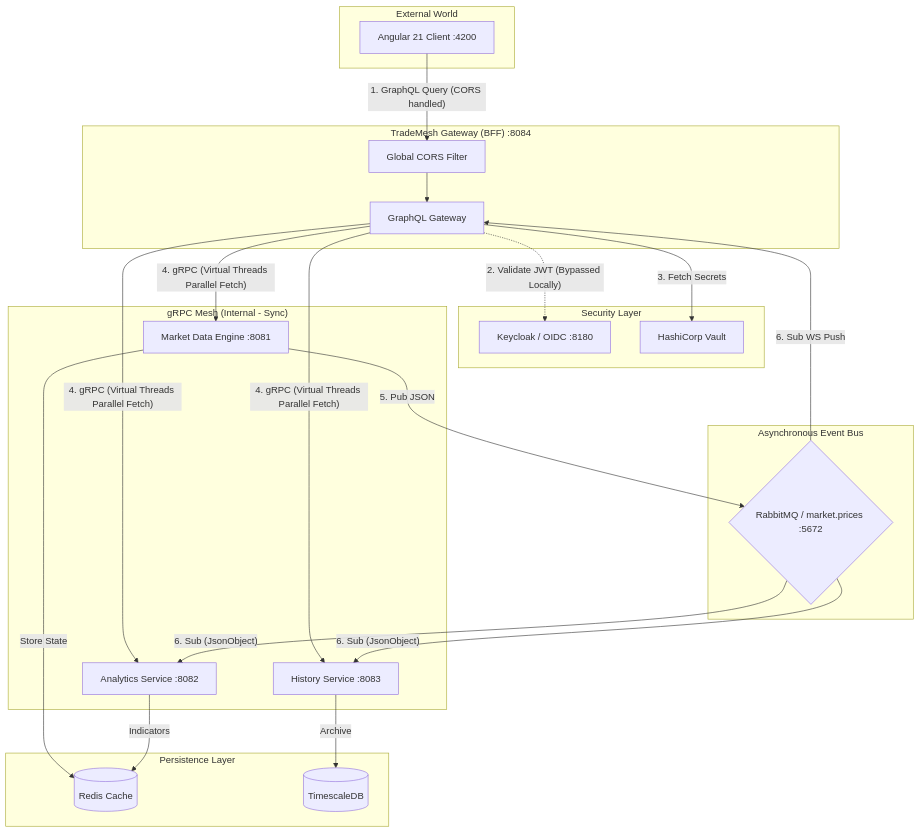
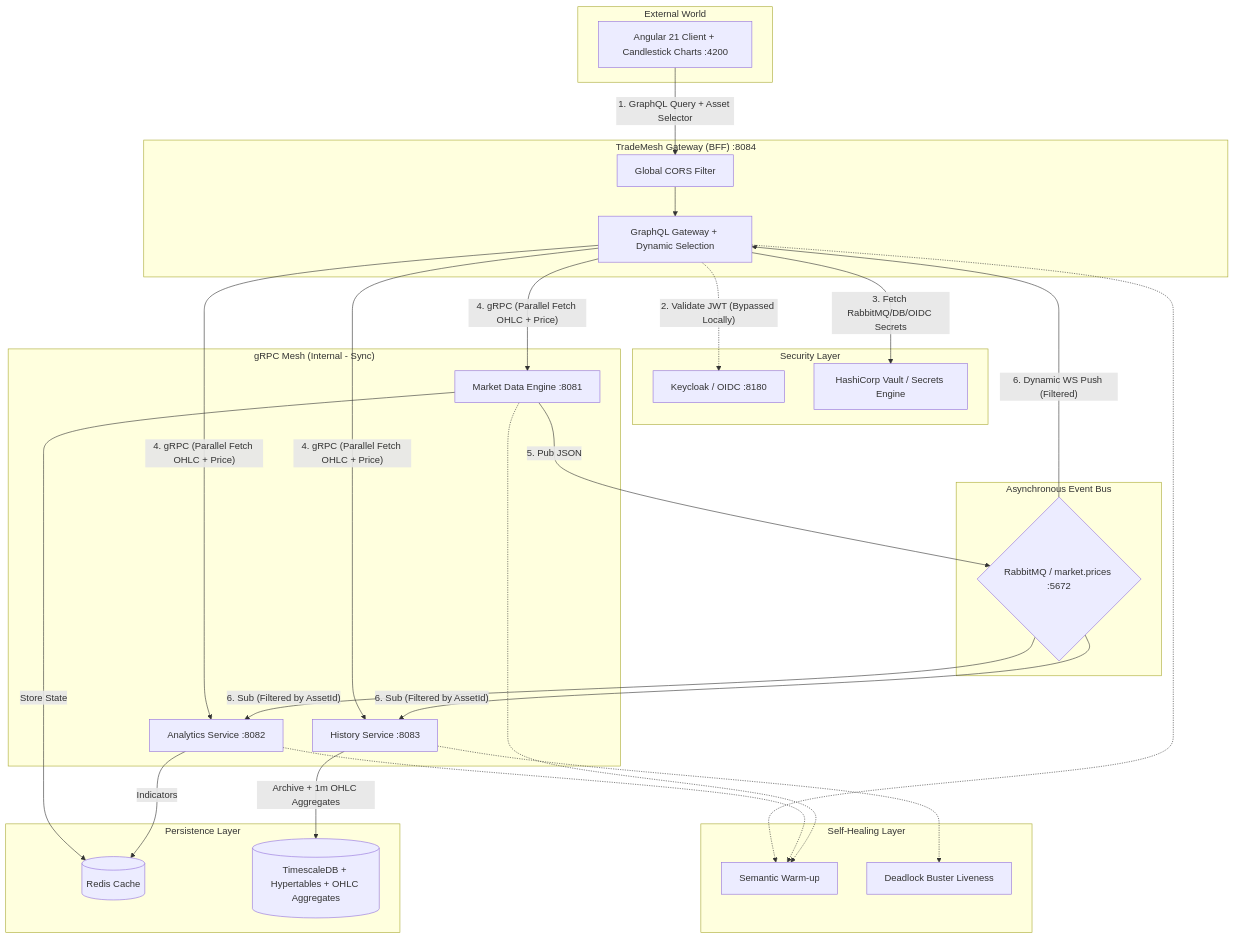
The diagram in README.md (dawidbera/trade-mesh), drawn with Mermaid before and after one commit. The commit also changed other lines of this file and 4 other files, not shown here.

Commit message:
docs: synchronize all README files and architecture diagrams with the final Enterprise state

````diff
--- a/README.md
+++ b/README.md
@@ -17,53 +18,64 @@
 ```mermaid
 graph TD
     subgraph "External World"
-        Client[Angular 21 Client :4200]
+        Client[Angular 21 Client + Candlestick Charts :4200]
     end
 
     subgraph "Security Layer"
         Auth[Keycloak / OIDC :8180]
-        Vault[HashiCorp Vault]
+        Vault[HashiCorp Vault / Secrets Engine]
     end
 
     subgraph "TradeMesh Gateway (BFF) :8084"
         CORS[Global CORS Filter]
-        Gateway[GraphQL Gateway]
+        Gateway[GraphQL Gateway + Dynamic Selection]
     end
 
     subgraph "gRPC Mesh (Internal - Sync)"
         Market[Market Data Engine :8081]
         Analytics[Analytics Service :8082]
         History[History Service :8083]
     end
 
+    subgraph "Self-Healing Layer"
+        Warmup[Semantic Warm-up]
+        Buster[Deadlock Buster Liveness]
+    end
+
     subgraph "Asynchronous Event Bus"
         RabbitMQ{RabbitMQ / market.prices :5672}
     end
 
     subgraph "Persistence Layer"
         Redis[(Redis Cache)]
-        Timescale[(TimescaleDB)]
+        Timescale[(TimescaleDB + Hypertables + OHLC Aggregates)]
     end
 
     %% Request Flows
-    Client -- "1. GraphQL Query (CORS handled)" --> CORS
+    Client -- "1. GraphQL Query + Asset Selector" --> CORS
     CORS --> Gateway
     Gateway -. "2. Validate JWT (Bypassed Locally)" .-> Auth
-    Gateway -- "3. Fetch Secrets" --> Vault
+    Gateway -- "3. Fetch RabbitMQ/DB/OIDC Secrets" --> Vault
     
     %% Internal gRPC calls (Sync)
-    Gateway -- "4. gRPC (Virtual Threads Parallel Fetch)" --> Market
-    Gateway -- "4. gRPC (Virtual Threads Parallel Fetch)" --> Analytics
-    Gateway -- "4. gRPC (Virtual Threads Parallel Fetch)" --> History
+    Gateway -- "4. gRPC (Parallel Fetch OHLC + Price)" --> Market
+    Gateway -- "4. gRPC (Parallel Fetch OHLC + Price)" --> Analytics
+    Gateway -- "4. gRPC (Parallel Fetch OHLC + Price)" --> History
 
     %% Event Flow (Async)
     Market -- "5. Pub JSON" --> RabbitMQ
-    RabbitMQ -- "6. Sub (JsonObject)" --> Analytics
-    RabbitMQ -- "6. Sub (JsonObject)" --> History
-    RabbitMQ -- "6. Sub WS Push" --> Gateway
+    RabbitMQ -- "6. Sub (Filtered by AssetId)" --> Analytics
+    RabbitMQ -- "6. Sub (Filtered by AssetId)" --> History
+    RabbitMQ -- "6. Dynamic WS Push (Filtered)" --> Gateway
     
     %% Storage
     Market -- "Store State" --> Redis
     Analytics -- "Indicators" --> Redis
-    History -- "Archive" --> Timescale
+    History -- "Archive + 1m OHLC Aggregates" --> Timescale
+
+    %% Reliability & Healing
+    History -.-> Buster
+    Gateway -.-> Warmup
+    Analytics -.-> Warmup
+    Market -.-> Warmup
 ```
````
